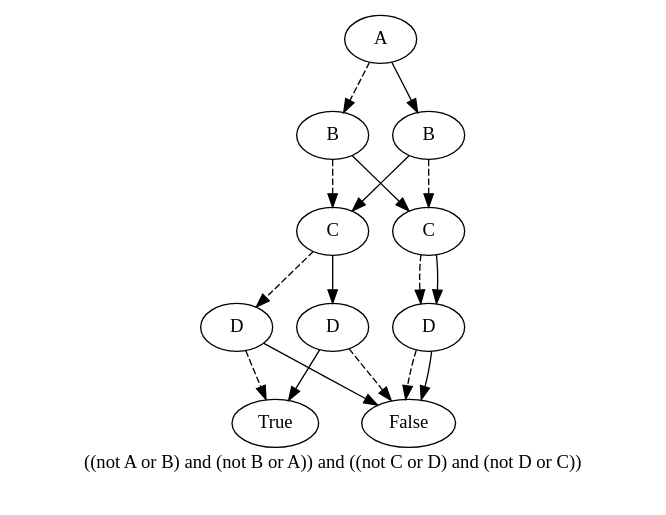
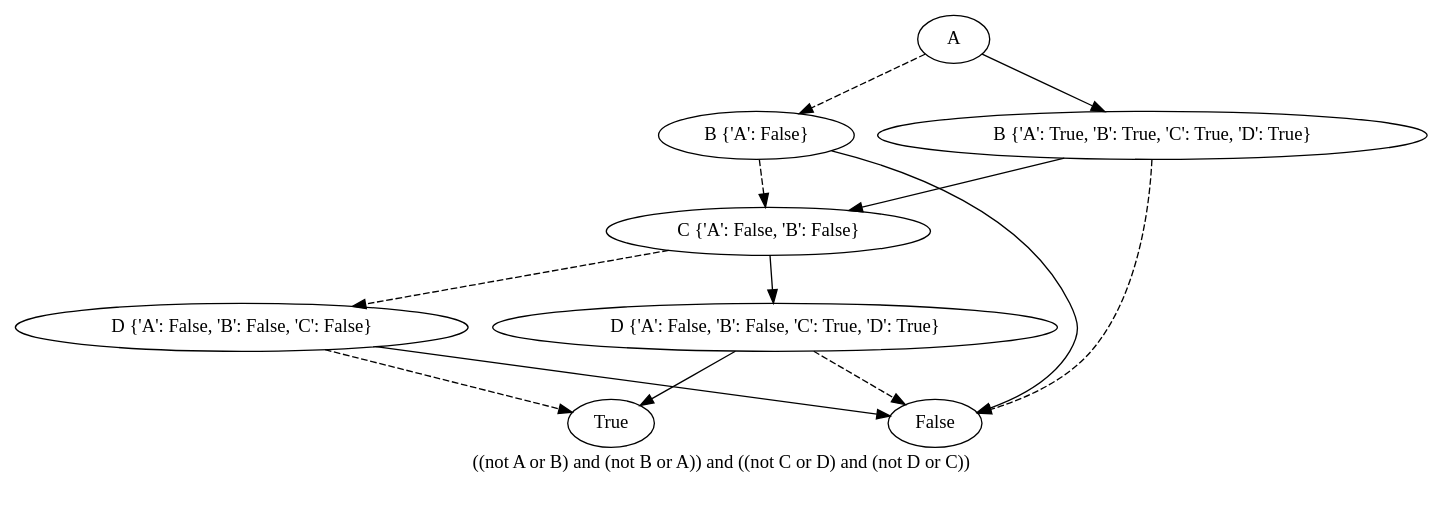
One commit to O1ez/IncreasingResilienceOfAutomatedVehicles changed the diagram in BDD/out/reduced_out.dot. Above: the diagram before and after it, drawn with Graphviz. The commit also changed 5 other files, not shown here.

```diff
--- a/BDD/out/reduced_out.dot
+++ b/BDD/out/reduced_out.dot
@@ -1,35 +1,27 @@
 digraph{
 label="((not A or B) and (not B or A)) and ((not C or D) and (not D or C))\n\n"
-2503003931856[label=A]2503003962640[label=B]
-2503003931856 -> 2503003962640[style=dashed]
-2503003961616[label=C]
-2503003962640 -> 2503003961616[style=dashed]
-2503003961104[label=D]
-2503003961616 -> 2503003961104[style=dashed]
-2503003961040[label=True]
-2503003961104 -> 2503003961040[style=dashed]
-2503003960976[label=False]
-2503003961104 -> 2503003960976
-2503003961552[label=D]
-2503003961616 -> 2503003961552
-2503003960976[label=False]
-2503003961552 -> 2503003960976[style=dashed]
-2503003961040[label=True]
-2503003961552 -> 2503003961040
-2503003962384[label=C]
-2503003962640 -> 2503003962384
-2503003962128[label=D]
-2503003962384 -> 2503003962128[style=dashed]
-2503003960976[label=False]
-2503003962128 -> 2503003960976[style=dashed]
-2503003960976[label=False]
-2503003962128 -> 2503003960976
-2503003962128[label=D]
-2503003962384 -> 2503003962128
-2503003931792[label=B]
-2503003931856 -> 2503003931792
-2503003962384[label=C]
-2503003931792 -> 2503003962384[style=dashed]
-2503003961616[label=C]
-2503003931792 -> 2503003961616
+2768560587600[label=A]2768560587664[label="B {'A': False}"]
+2768560587600 -> 2768560587664[style=dashed]
+2768560587728[label="C {'A': False, 'B': False}"]
+2768560587664 -> 2768560587728[style=dashed]
+2768560587792[label="D {'A': False, 'B': False, 'C': False}"]
+2768560587728 -> 2768560587792[style=dashed]
+2768560587472[label=True]
+2768560587792 -> 2768560587472[style=dashed]
+2768560671056[label=False]
+2768560587792 -> 2768560671056
+2768560588880[label="D {'A': False, 'B': False, 'C': True, 'D': True}"]
+2768560587728 -> 2768560588880
+2768560671056[label=False]
+2768560588880 -> 2768560671056[style=dashed]
+2768560587472[label=True]
+2768560588880 -> 2768560587472
+2768560671056[label=False]
+2768560587664 -> 2768560671056
+2768560711120[label="B {'A': True, 'B': True, 'C': True, 'D': True}"]
+2768560587600 -> 2768560711120
+2768560671056[label=False]
+2768560711120 -> 2768560671056[style=dashed]
+2768560587728[label="C {'A': False, 'B': False}"]
+2768560711120 -> 2768560587728
 }
```
